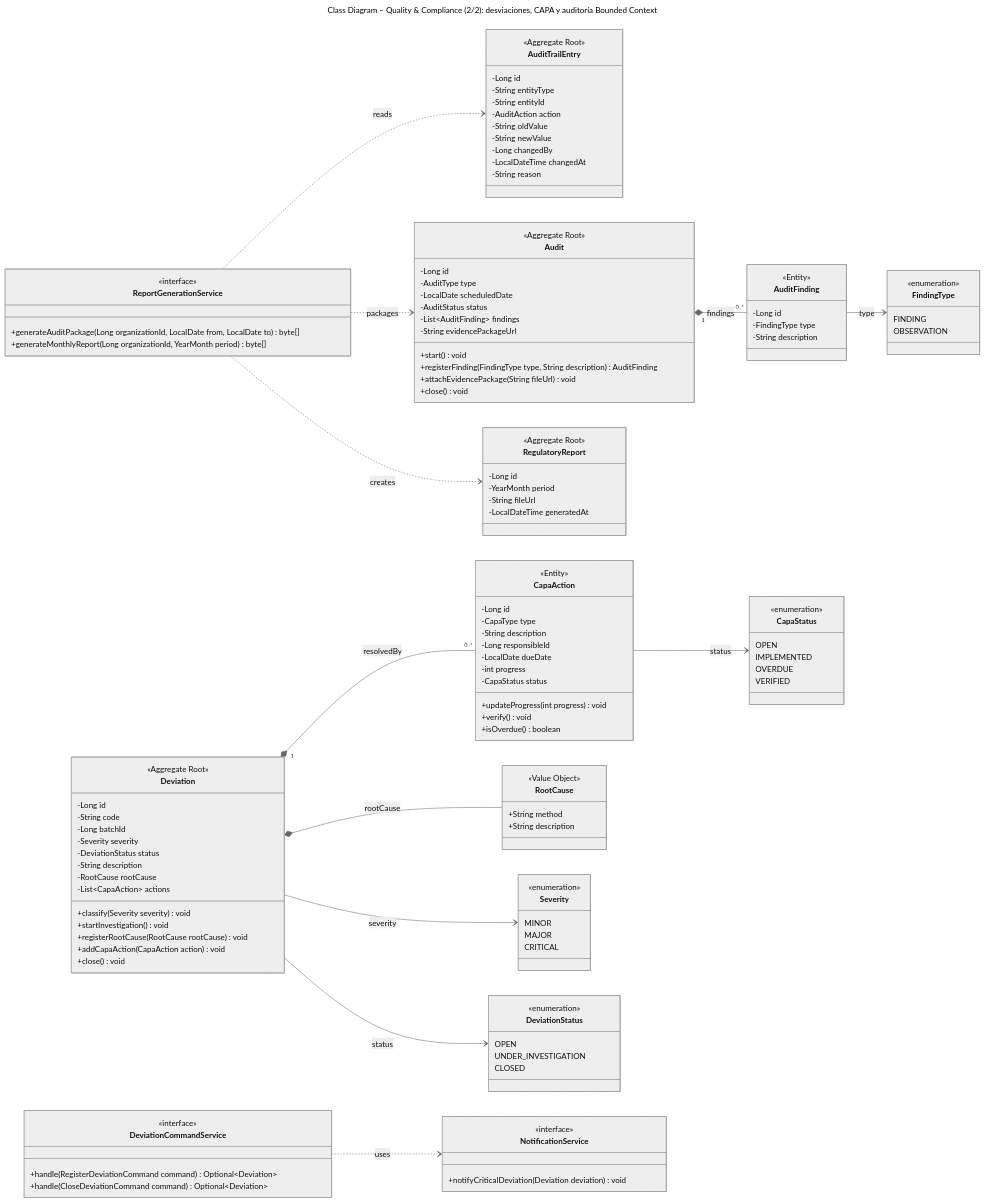
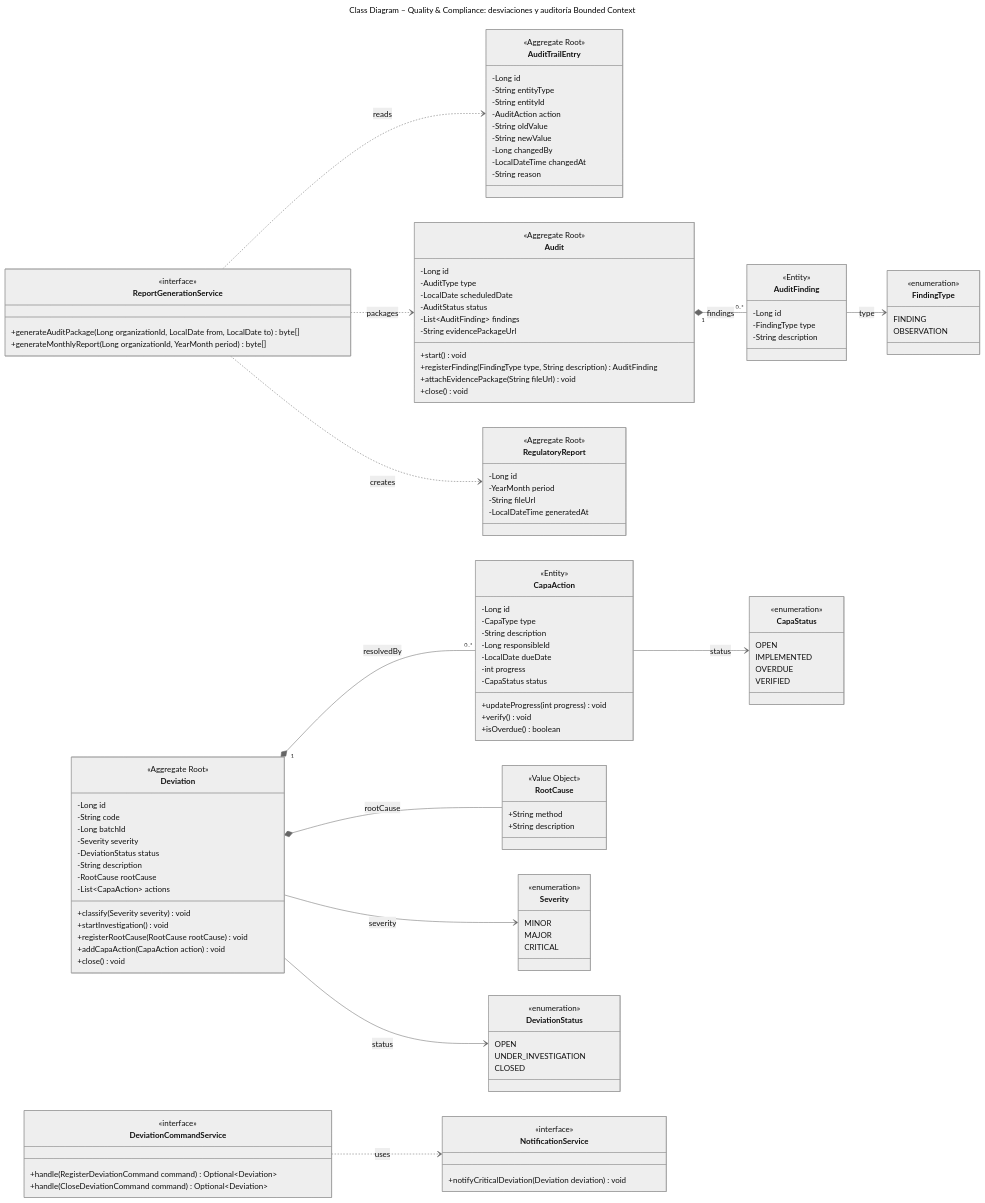
Before and after one commit to danRO-20/SI: the diagram in assets/diagrams/mermaid/class-06b-quality.mmd, drawn with Mermaid (neutral theme). The commit also changed 88 other files, not shown here.

First line of the commit message:
docs(cap4): Quality & Compliance como un solo bounded context

```diff
--- a/assets/diagrams/mermaid/class-06b-quality.mmd
+++ b/assets/diagrams/mermaid/class-06b-quality.mmd
@@ -1,126 +1,126 @@
 ---
-title: "Class Diagram – Quality & Compliance (2/2): desviaciones, CAPA y auditoría Bounded Context"
+title: "Class Diagram – Quality & Compliance: desviaciones y auditoría Bounded Context"
 ---
 classDiagram
   direction LR
   class Deviation {
     <<Aggregate Root>>
     -Long id
     -String code
     -Long batchId
     -Severity severity
     -DeviationStatus status
     -String description
     -RootCause rootCause
     -List~CapaAction~ actions
     +classify(Severity severity) void
     +startInvestigation() void
     +registerRootCause(RootCause rootCause) void
     +addCapaAction(CapaAction action) void
     +close() void
   }
   class CapaAction {
     <<Entity>>
     -Long id
     -CapaType type
     -String description
     -Long responsibleId
     -LocalDate dueDate
     -int progress
     -CapaStatus status
     +updateProgress(int progress) void
     +verify() void
     +isOverdue() boolean
   }
   class RootCause {
     <<Value Object>>
     +String method
     +String description
   }
   class Audit {
     <<Aggregate Root>>
     -Long id
     -AuditType type
     -LocalDate scheduledDate
     -AuditStatus status
     -List~AuditFinding~ findings
     -String evidencePackageUrl
     +start() void
     +registerFinding(FindingType type, String description) AuditFinding
     +attachEvidencePackage(String fileUrl) void
     +close() void
   }
   class AuditFinding {
     <<Entity>>
     -Long id
     -FindingType type
     -String description
   }
   class AuditTrailEntry {
     <<Aggregate Root>>
     -Long id
     -String entityType
     -String entityId
     -AuditAction action
     -String oldValue
     -String newValue
     -Long changedBy
     -LocalDateTime changedAt
     -String reason
   }
   class RegulatoryReport {
     <<Aggregate Root>>
     -Long id
     -YearMonth period
     -String fileUrl
     -LocalDateTime generatedAt
   }
   class Severity {
     <<enumeration>>
     MINOR
     MAJOR
     CRITICAL
   }
   class DeviationStatus {
     <<enumeration>>
     OPEN
     UNDER_INVESTIGATION
     CLOSED
   }
   class CapaStatus {
     <<enumeration>>
     OPEN
     IMPLEMENTED
     OVERDUE
     VERIFIED
   }
   class FindingType {
     <<enumeration>>
     FINDING
     OBSERVATION
   }
   class DeviationCommandService {
     <<interface>>
     +handle(RegisterDeviationCommand command) Optional~Deviation~
     +handle(CloseDeviationCommand command) Optional~Deviation~
   }
   class ReportGenerationService {
     <<interface>>
     +generateAuditPackage(Long organizationId, LocalDate from, LocalDate to) byte[]
     +generateMonthlyReport(Long organizationId, YearMonth period) byte[]
   }
   class NotificationService {
     <<interface>>
     +notifyCriticalDeviation(Deviation deviation) void
   }
   Deviation "1" *-- "0..*" CapaAction : resolvedBy
   Deviation *-- RootCause : rootCause
   Deviation --> Severity : severity
   Deviation --> DeviationStatus : status
   CapaAction --> CapaStatus : status
   Audit "1" *-- "0..*" AuditFinding : findings
   AuditFinding --> FindingType : type
   DeviationCommandService ..> NotificationService : uses
   ReportGenerationService ..> AuditTrailEntry : reads
   ReportGenerationService ..> Audit : packages
   ReportGenerationService ..> RegulatoryReport : creates
```
